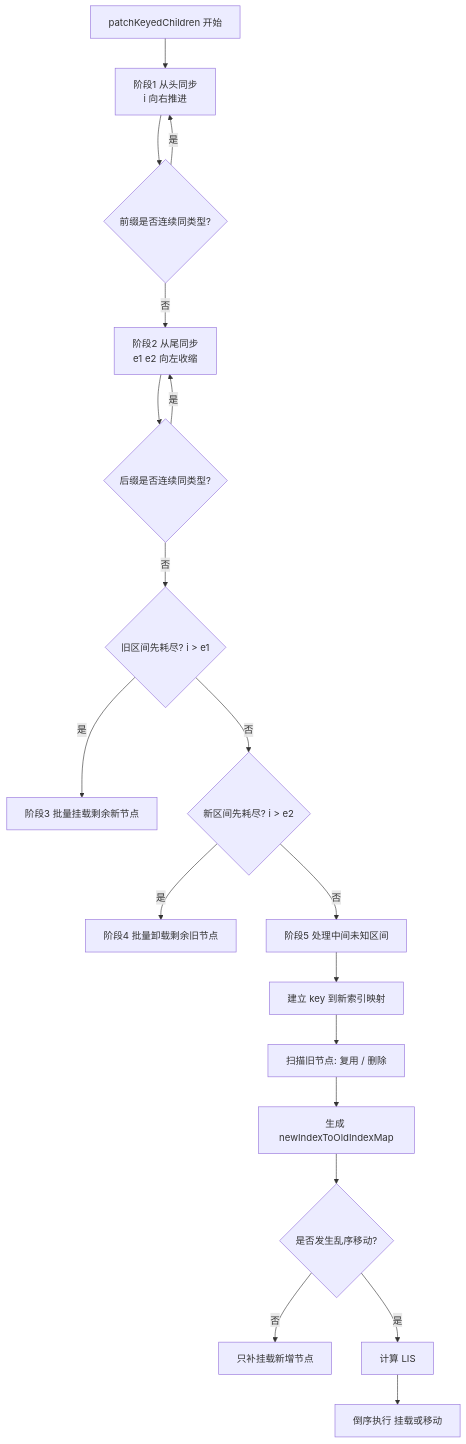
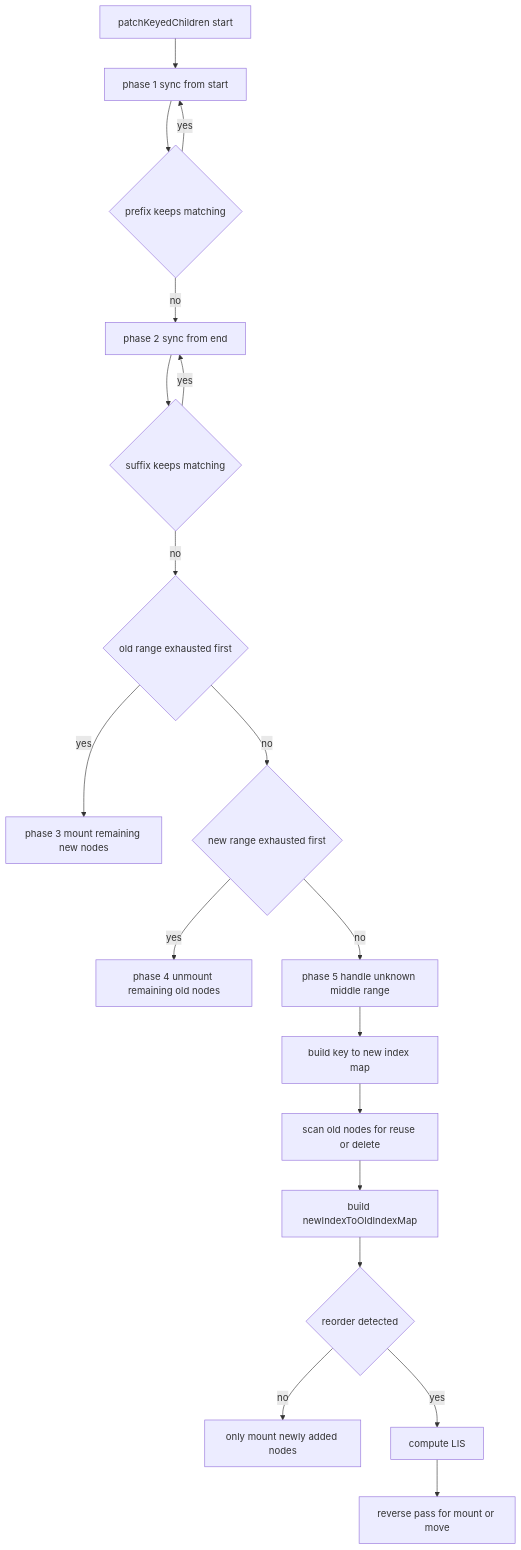
Before and after one commit to Tajigaqzh/front_basic: diagram 16 of 17 in docs/vue/source/runtime-core/diff-algorithm-interview.md, drawn with Mermaid. The commit also changed other lines of this file and 11 other files, not shown here.

````diff
--- a/docs/vue/source/runtime-core/diff-algorithm-interview.md
+++ b/docs/vue/source/runtime-core/diff-algorithm-interview.md
@@ -735,21 +735,21 @@
 ```mermaid
 flowchart TD
-  A[patchKeyedChildren 开始] --> B[阶段1 从头同步<br/>i 向右推进]
-  B --> C{前缀是否连续同类型?}
-  C -- 是 --> B
-  C -- 否 --> D[阶段2 从尾同步<br/>e1 e2 向左收缩]
-  D --> E{后缀是否连续同类型?}
-  E -- 是 --> D
-  E -- 否 --> F{旧区间先耗尽? i > e1}
-  F -- 是 --> G[阶段3 批量挂载剩余新节点]
-  F -- 否 --> H{新区间先耗尽? i > e2}
-  H -- 是 --> I[阶段4 批量卸载剩余旧节点]
-  H -- 否 --> J[阶段5 处理中间未知区间]
-  J --> K[建立 key 到新索引映射]
-  K --> L[扫描旧节点: 复用 / 删除]
-  L --> M[生成 newIndexToOldIndexMap]
-  M --> N{是否发生乱序移动?}
-  N -- 否 --> O[只补挂载新增节点]
-  N -- 是 --> P[计算 LIS]
-  P --> Q[倒序执行 挂载或移动]
+  A["patchKeyedChildren start"] --> B["phase 1 sync from start"]
+  B --> C{"prefix keeps matching"}
+  C -- yes --> B
+  C -- no --> D["phase 2 sync from end"]
+  D --> E{"suffix keeps matching"}
+  E -- yes --> D
+  E -- no --> F{"old range exhausted first"}
+  F -- yes --> G["phase 3 mount remaining new nodes"]
+  F -- no --> H{"new range exhausted first"}
+  H -- yes --> I["phase 4 unmount remaining old nodes"]
+  H -- no --> J["phase 5 handle unknown middle range"]
+  J --> K["build key to new index map"]
+  K --> L["scan old nodes for reuse or delete"]
+  L --> M["build newIndexToOldIndexMap"]
+  M --> N{"reorder detected"}
+  N -- no --> O["only mount newly added nodes"]
+  N -- yes --> P["compute LIS"]
+  P --> Q["reverse pass for mount or move"]
 ```
````
